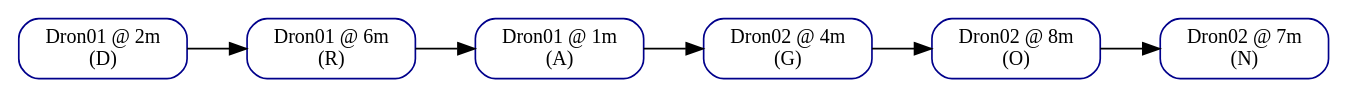
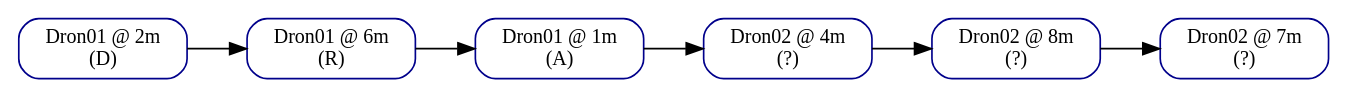
Before and after one commit to JimH0202/-IPC2-_-Proyecto-2_-202303768: the diagram in Backend/Graphviz/msg_MensajeDragon.dot, drawn with Graphviz. The commit also changed 37 other files, not shown here.

```diff
--- a/Backend/Graphviz/msg_MensajeDragon.dot
+++ b/Backend/Graphviz/msg_MensajeDragon.dot
@@ -1,16 +1,16 @@
 digraph Instrucciones {
   rankdir=LR;
   node [shape=box, style=rounded, color=darkblue, fontsize=12];
   graph [bgcolor=white];
   "Dron01_2" [label="Dron01 @ 2m\n(D)"];
   "Dron01_6" [label="Dron01 @ 6m\n(R)"];
   "Dron01_2" -> "Dron01_6";
   "Dron01_1" [label="Dron01 @ 1m\n(A)"];
   "Dron01_6" -> "Dron01_1";
-  "Dron02_4" [label="Dron02 @ 4m\n(G)"];
+  "Dron02_4" [label="Dron02 @ 4m\n(?)"];
   "Dron01_1" -> "Dron02_4";
-  "Dron02_8" [label="Dron02 @ 8m\n(O)"];
+  "Dron02_8" [label="Dron02 @ 8m\n(?)"];
   "Dron02_4" -> "Dron02_8";
-  "Dron02_7" [label="Dron02 @ 7m\n(N)"];
+  "Dron02_7" [label="Dron02 @ 7m\n(?)"];
   "Dron02_8" -> "Dron02_7";
 }
```
